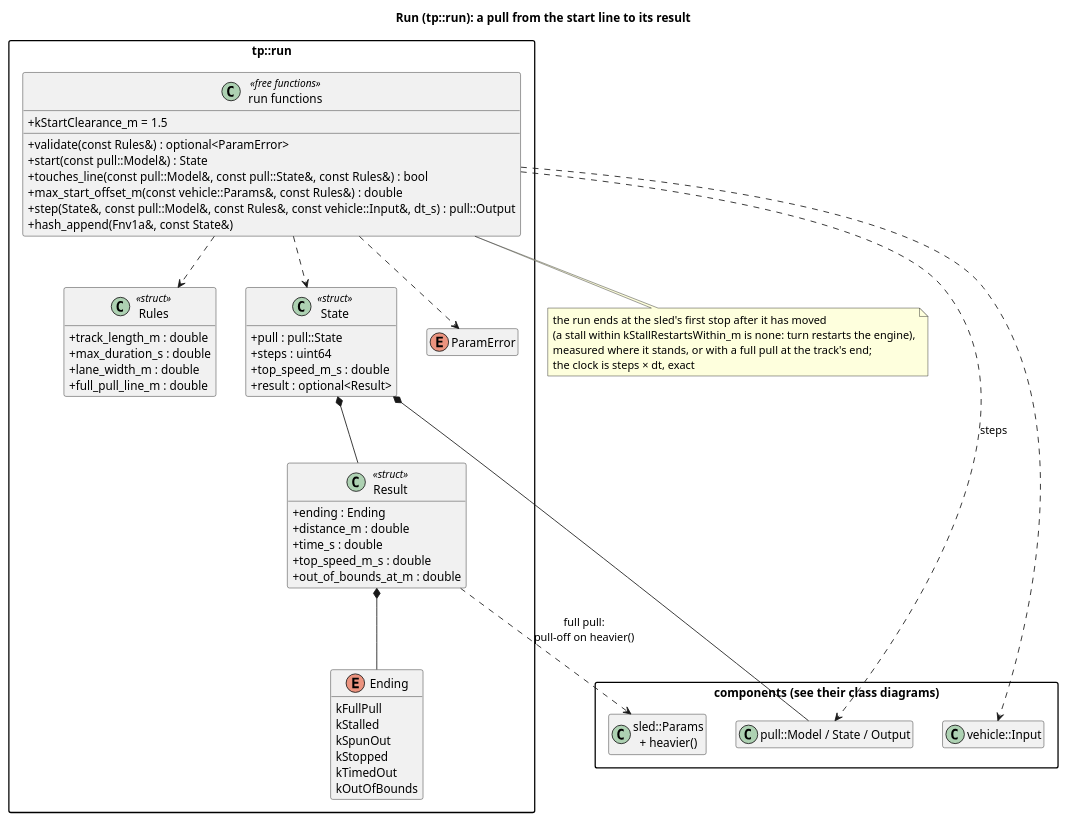
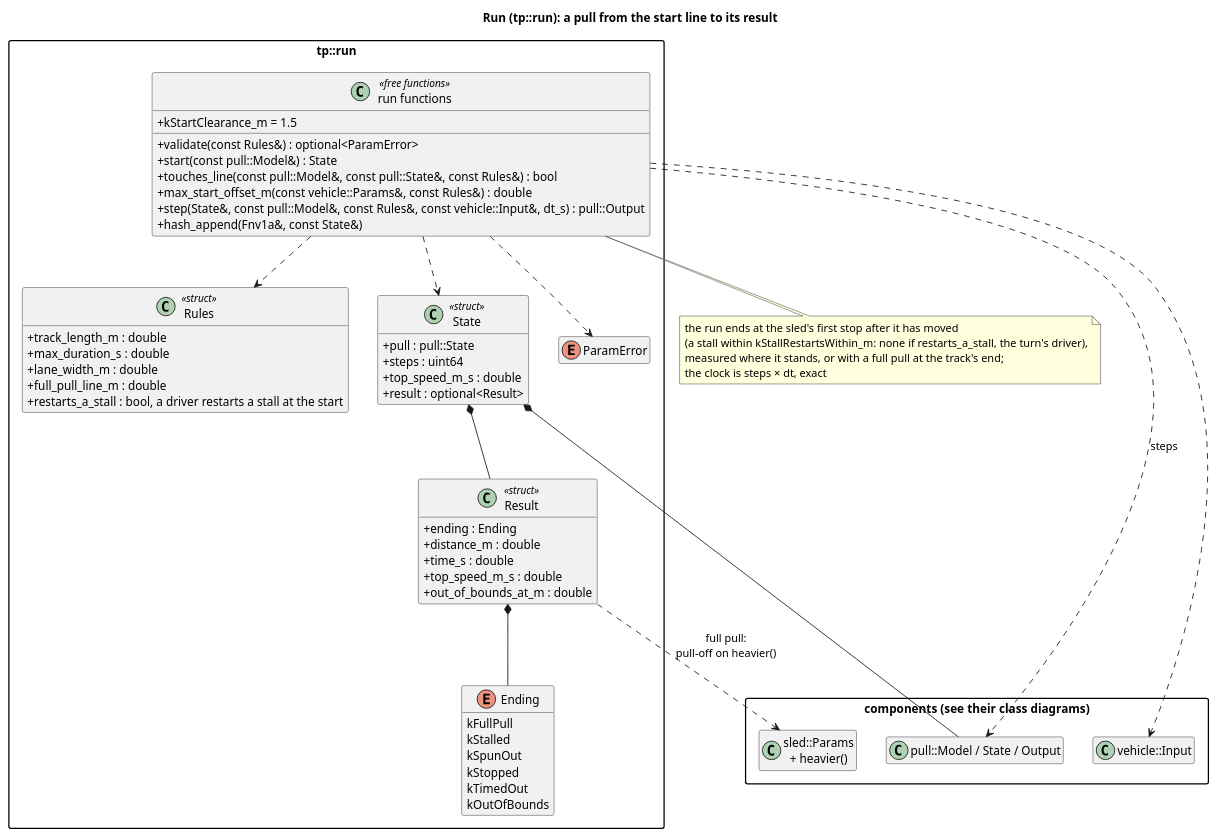
Before and after one commit to wversteeg/TractorPulling: the diagram in docs/diagrams/run_classes.puml, drawn with PlantUML. The commit also changed 10 other files, not shown here.

First line of the commit message:
Review: restart a stall only with a driver; arm the hold until the flag

```diff
--- a/docs/diagrams/run_classes.puml
+++ b/docs/diagrams/run_classes.puml
@@ -1,67 +1,68 @@
 @startuml run_classes
 title Run (tp::run): a pull from the start line to its result
 hide empty members
 skinparam packageStyle rectangle
 skinparam classAttributeIconSize 0
 
 package "components (see their class diagrams)" {
   class "pull::Model / State / Output" as Pull
   class "sled::Params\n+ heavier()" as Sled
   class "vehicle::Input" as Input
 }
 
 package "tp::run" {
   class Rules <<struct>> {
     +track_length_m : double
     +max_duration_s : double
     +lane_width_m : double
     +full_pull_line_m : double
+    +restarts_a_stall : bool, a driver restarts a stall at the start
   }
   enum Ending {
     kFullPull
     kStalled
     kSpunOut
     kStopped
     kTimedOut
     kOutOfBounds
   }
   class Result <<struct>> {
     +ending : Ending
     +distance_m : double
     +time_s : double
     +top_speed_m_s : double
     +out_of_bounds_at_m : double
   }
   class State <<struct>> {
     +pull : pull::State
     +steps : uint64
     +top_speed_m_s : double
     +result : optional<Result>
   }
   enum ParamError
   class "run functions" as RunFns <<free functions>> {
     +validate(const Rules&) : optional<ParamError>
     +start(const pull::Model&) : State
     +touches_line(const pull::Model&, const pull::State&, const Rules&) : bool
     +max_start_offset_m(const vehicle::Params&, const Rules&) : double
     +kStartClearance_m = 1.5
     +step(State&, const pull::Model&, const Rules&, const vehicle::Input&, dt_s) : pull::Output
     +hash_append(Fnv1a&, const State&)
   }
   Result *-- Ending
   State *-- Result
   RunFns ..> Rules
   RunFns ..> State
   RunFns ..> ParamError
 }
 State *-- Pull
 RunFns ..> Input
 RunFns ..> Pull : steps
 Result ..> Sled : full pull:\npull-off on heavier()
 note bottom of RunFns
   the run ends at the sled's first stop after it has moved
-  (a stall within kStallRestartsWithin_m is none: turn restarts the engine),
+  (a stall within kStallRestartsWithin_m: none if restarts_a_stall, the turn's driver),
   measured where it stands, or with a full pull at the track's end;
   the clock is steps × dt, exact
 end note
 @enduml
```
